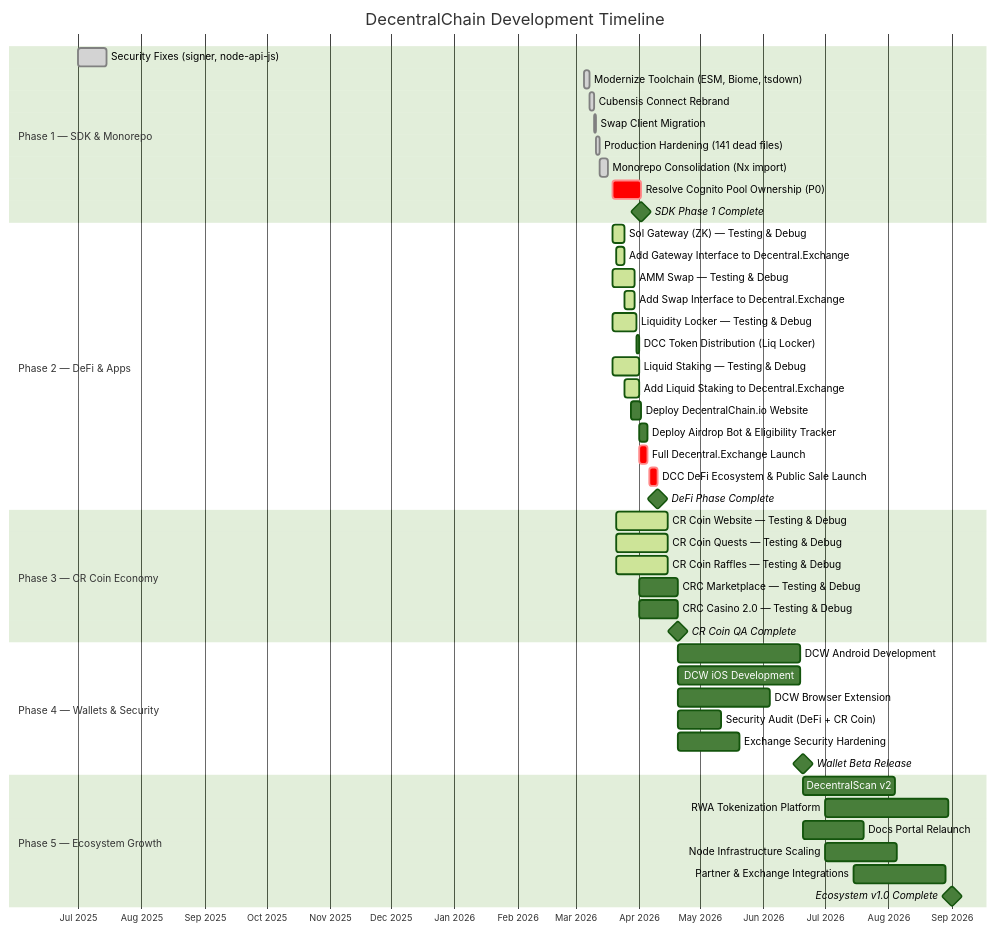
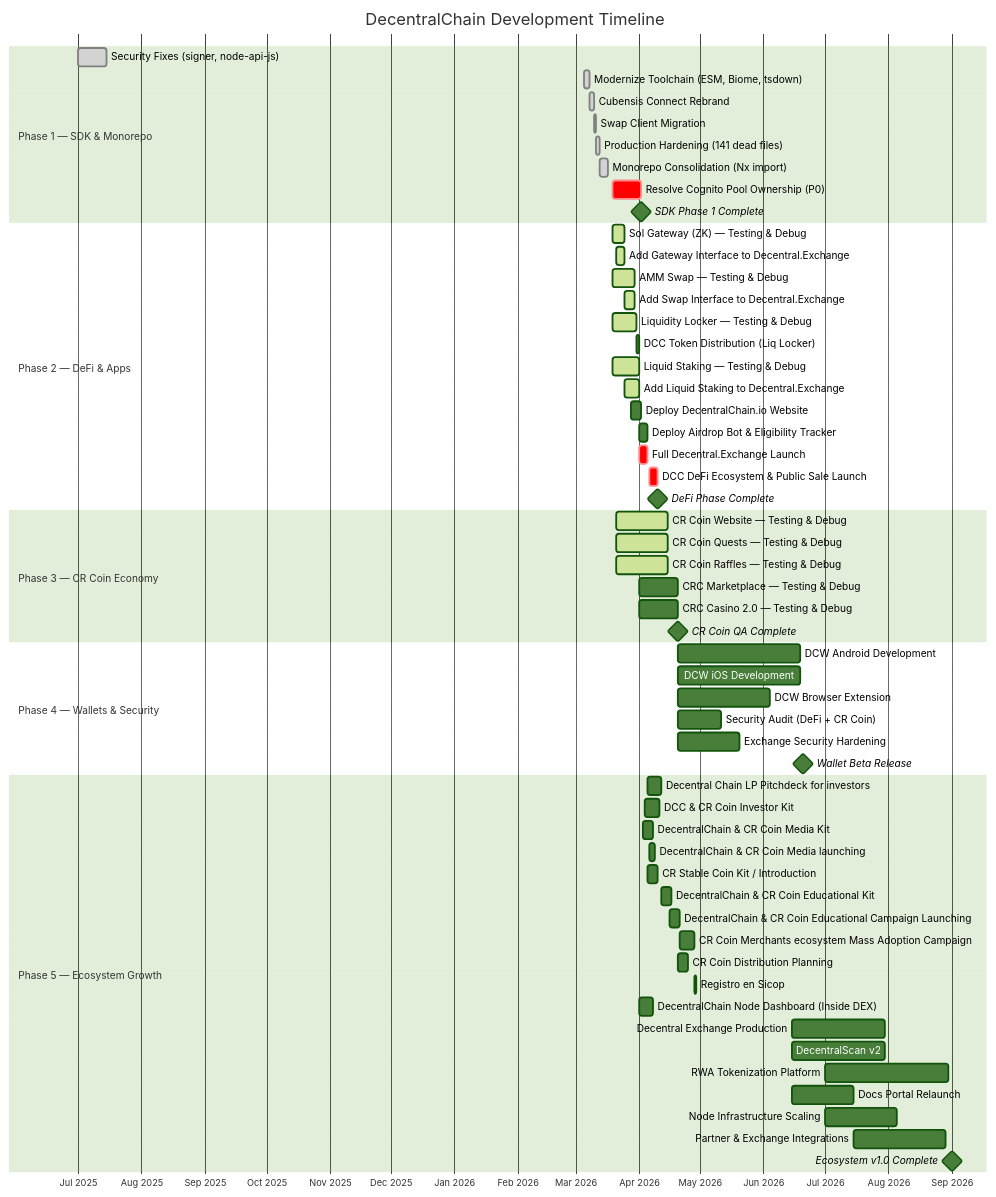
One commit to 33imattei33/roadmap-project changed the third of 11 diagrams in ROADMAP.md. Above: the diagram before and after it, drawn with Mermaid (forest theme). The commit also changed 1 other file, not shown here.

Commit message:
Update roadmap with April milestones and highlights

````diff
--- a/ROADMAP.md
+++ b/ROADMAP.md
@@ -109,56 +109,68 @@
 ```mermaid
 gantt
     title DecentralChain Development Timeline
     dateFormat  YYYY-MM-DD
     axisFormat  %b %Y
     todayMarker stroke-width:3px,stroke:#ff0000
 
     section Phase 1 — SDK & Monorepo
     Security Fixes (signer, node-api-js)   :done, a2, 2025-07-01, 14d
     Modernize Toolchain (ESM, Biome, tsdown) :done, a3, 2026-03-05, 3d
     Cubensis Connect Rebrand               :done, a4, 2026-03-08, 2d
     Swap Client Migration                  :done, a5, 2026-03-10, 1d
     Production Hardening (141 dead files)  :done, a6, 2026-03-11, 2d
     Monorepo Consolidation (Nx import)     :done, a7, 2026-03-13, 4d
     Resolve Cognito Pool Ownership (P0)    :crit, a8, 2026-03-19, 14d
     SDK Phase 1 Complete                   :milestone, m1, 2026-04-02, 0d
 
     section Phase 2 — DeFi & Apps
     Sol Gateway (ZK) — Testing & Debug     :active, b1, 2026-03-19, 6d
     Add Gateway Interface to Decentral.Exchange :active, b1b, 2026-03-21, 4d
     AMM Swap — Testing & Debug             :active, b2, 2026-03-19, 11d
     Add Swap Interface to Decentral.Exchange :active, b2b, 2026-03-25, 5d
     Liquidity Locker — Testing & Debug     :active, b3, 2026-03-19, 12d
     DCC Token Distribution (Liq Locker)    :b3b, 2026-03-31, 1d
     Liquid Staking — Testing & Debug       :active, b4, 2026-03-19, 13d
     Add Liquid Staking to Decentral.Exchange :active, b4b, 2026-03-25, 7d
     Deploy DecentralChain.io Website       :b5, 2026-03-28, 5d
     Deploy Airdrop Bot & Eligibility Tracker :b6, 2026-04-01, 4d
     Full Decentral.Exchange Launch         :crit, b7, 2026-04-01, 4d
     DCC DeFi Ecosystem & Public Sale Launch :crit, b8, 2026-04-06, 4d
     DeFi Phase Complete                    :milestone, m2, 2026-04-10, 0d
 
     section Phase 3 — CR Coin Economy
     CR Coin Website — Testing & Debug      :active, c1, 2026-03-21, 25d
     CR Coin Quests — Testing & Debug       :active, c2, 2026-03-21, 25d
     CR Coin Raffles — Testing & Debug      :active, c3, 2026-03-21, 25d
     CRC Marketplace — Testing & Debug      :c4, 2026-04-01, 19d
     CRC Casino 2.0 — Testing & Debug       :c5, 2026-04-01, 19d
     CR Coin QA Complete                    :milestone, m3, 2026-04-20, 0d
 
     section Phase 4 — Wallets & Security
     DCW Android Development                :d1, 2026-04-20, 60d
     DCW iOS Development                    :d2, 2026-04-20, 60d
     DCW Browser Extension                  :d3, 2026-04-20, 45d
     Security Audit (DeFi + CR Coin)        :d4, 2026-04-20, 21d
     Exchange Security Hardening            :d5, 2026-04-20, 30d
     Wallet Beta Release                    :milestone, m4, 2026-06-20, 0d
 
     section Phase 5 — Ecosystem Growth
-    DecentralScan v2                       :e2, 2026-06-20, 45d
-    RWA Tokenization Platform              :e3, 2026-07-01, 60d
-    Docs Portal Relaunch                   :e4, 2026-06-20, 30d
-    Node Infrastructure Scaling            :e5, 2026-07-01, 35d
-    Partner & Exchange Integrations        :e6, 2026-07-15, 45d
-    Ecosystem v1.0 Complete                :milestone, m5, 2026-09-01, 0d
+    Decentral Chain LP Pitchdeck for investors :e1, 2026-04-05, 7d
+    DCC & CR Coin Investor Kit                 :e2, 2026-04-04, 7d
+    DecentralChain & CR Coin Media Kit         :e3, 2026-04-03, 5d
+    DecentralChain & CR Coin Media launching   :e4, 2026-04-06, 3d
+    CR Stable Coin Kit / Introduction          :e5, 2026-04-05, 5d
+    DecentralChain & CR Coin Educational Kit   :e6, 2026-04-12, 5d
+    DecentralChain & CR Coin Educational Campaign Launching :e7, 2026-04-16, 5d
+    CR Coin Merchants ecosystem Mass Adoption Campaign :e8, 2026-04-21, 7d
+    CR Coin Distribution Planning              :e9, 2026-04-20, 5d
+    Registro en Sicop                          :e10, 2026-04-28, 1d
+    DecentralChain Node Dashboard (Inside DEX) :e11, 2026-04-01, 7d
+    Decentral Exchange Production              :e12, 2026-06-15, 45d
+    DecentralScan v2                           :e13, 2026-06-15, 45d
+    RWA Tokenization Platform                  :e14, 2026-07-01, 60d
+    Docs Portal Relaunch                       :e15, 2026-06-15, 30d
+    Node Infrastructure Scaling                :e16, 2026-07-01, 35d
+    Partner & Exchange Integrations            :e17, 2026-07-15, 45d
+    Ecosystem v1.0 Complete                    :milestone, m5, 2026-09-01, 0d
 ```
````
